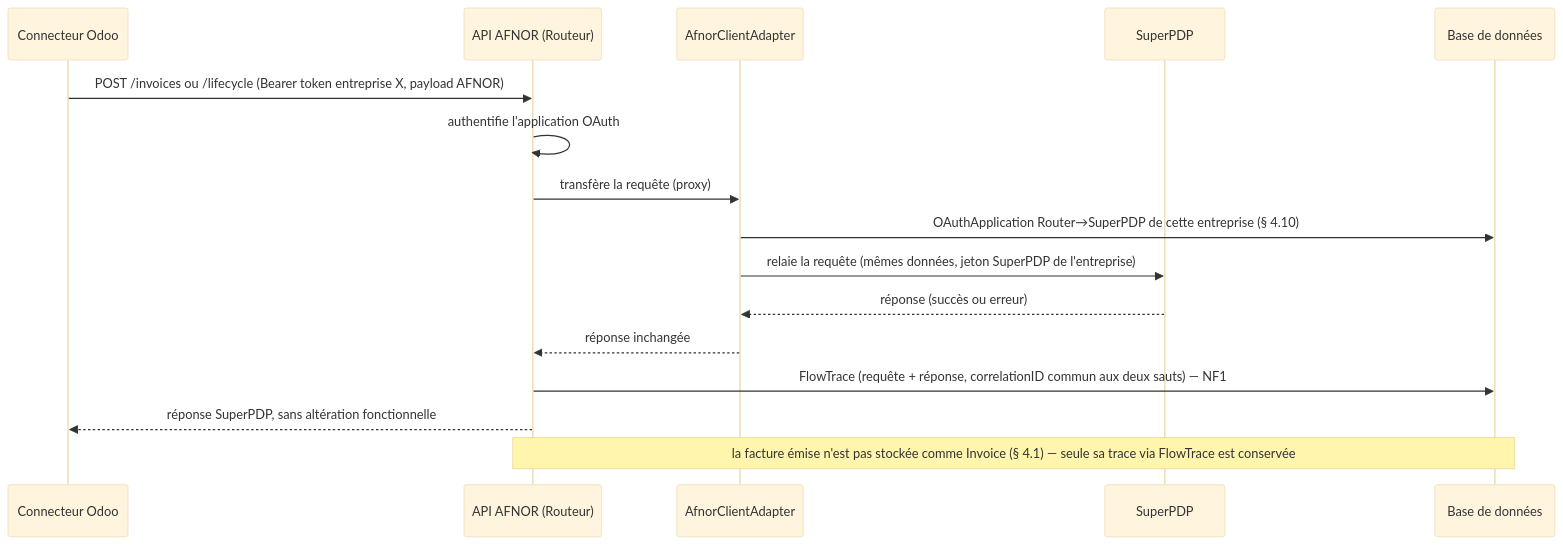
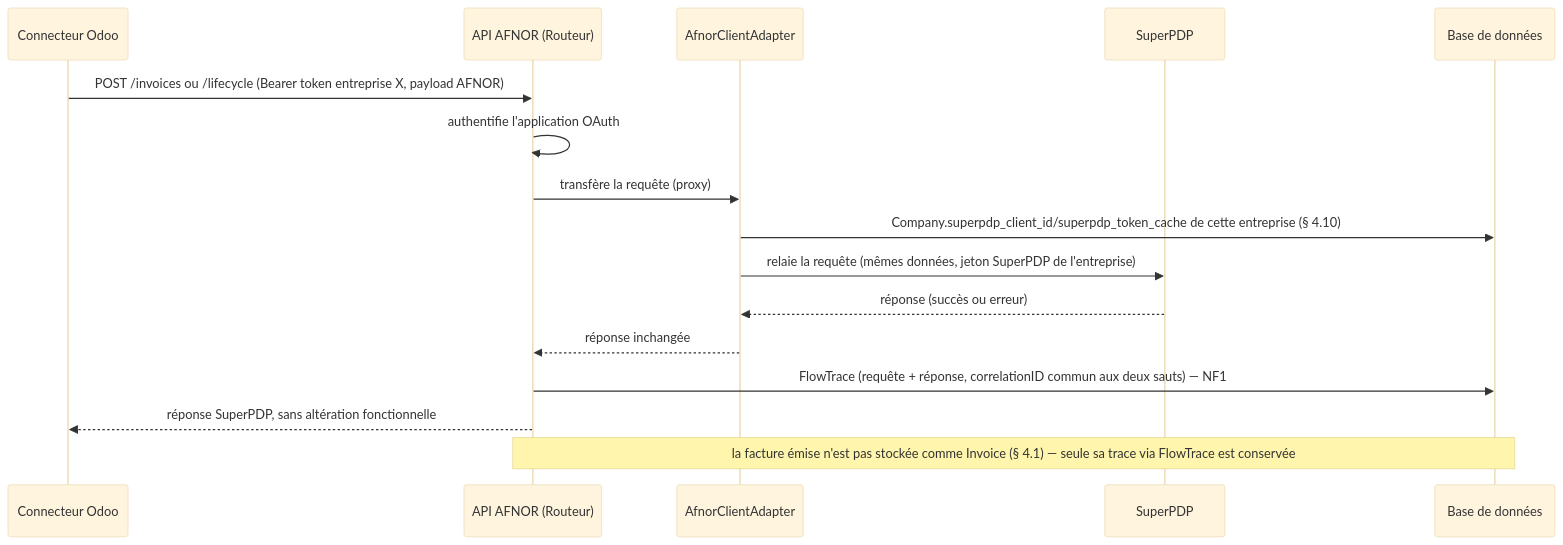
Before and after one commit to yuntux/einvoicing_router: the ninth of 10 diagrams in spec.md, drawn with Mermaid (base theme). The commit also changed other lines of this file and 79 other files, not shown here.

````diff
--- a/spec.md
+++ b/spec.md
@@ -699,19 +692,19 @@
 ```mermaid
 sequenceDiagram
     participant Odoo as Connecteur Odoo
     participant Routeur as API AFNOR (Routeur)
     participant Adapter as AfnorClientAdapter
     participant SuperPDP
     participant DB as Base de données
 
     Odoo->>Routeur: POST /invoices ou /lifecycle (Bearer token entreprise X, payload AFNOR)
     Routeur->>Routeur: authentifie l'application OAuth
     Routeur->>Adapter: transfère la requête (proxy)
-    Adapter->>DB: OAuthApplication Router→SuperPDP de cette entreprise (§ 4.10)
+    Adapter->>DB: Company.superpdp_client_id/superpdp_token_cache de cette entreprise (§ 4.10)
     Adapter->>SuperPDP: relaie la requête (mêmes données, jeton SuperPDP de l'entreprise)
     SuperPDP-->>Adapter: réponse (succès ou erreur)
     Adapter-->>Routeur: réponse inchangée
     Routeur->>DB: FlowTrace (requête + réponse, correlationID commun aux deux sauts) — NF1
     Routeur-->>Odoo: réponse SuperPDP, sans altération fonctionnelle
     Note over Routeur,DB: la facture émise n'est pas stockée comme Invoice (§ 4.1) — seule sa trace via FlowTrace est conservée
 ```
````
